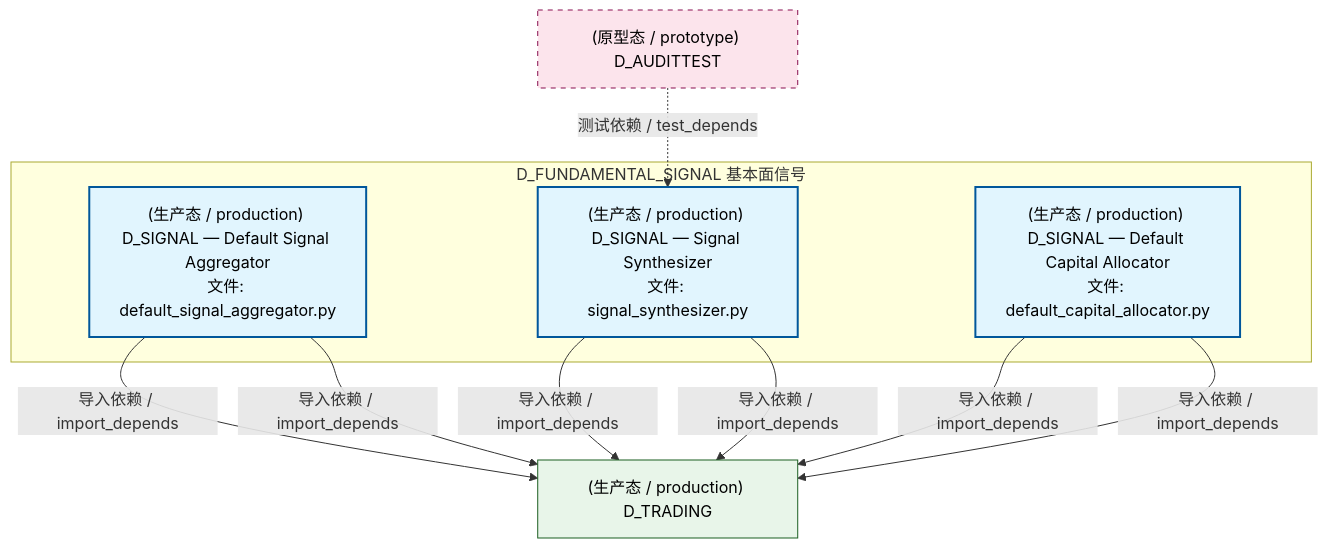
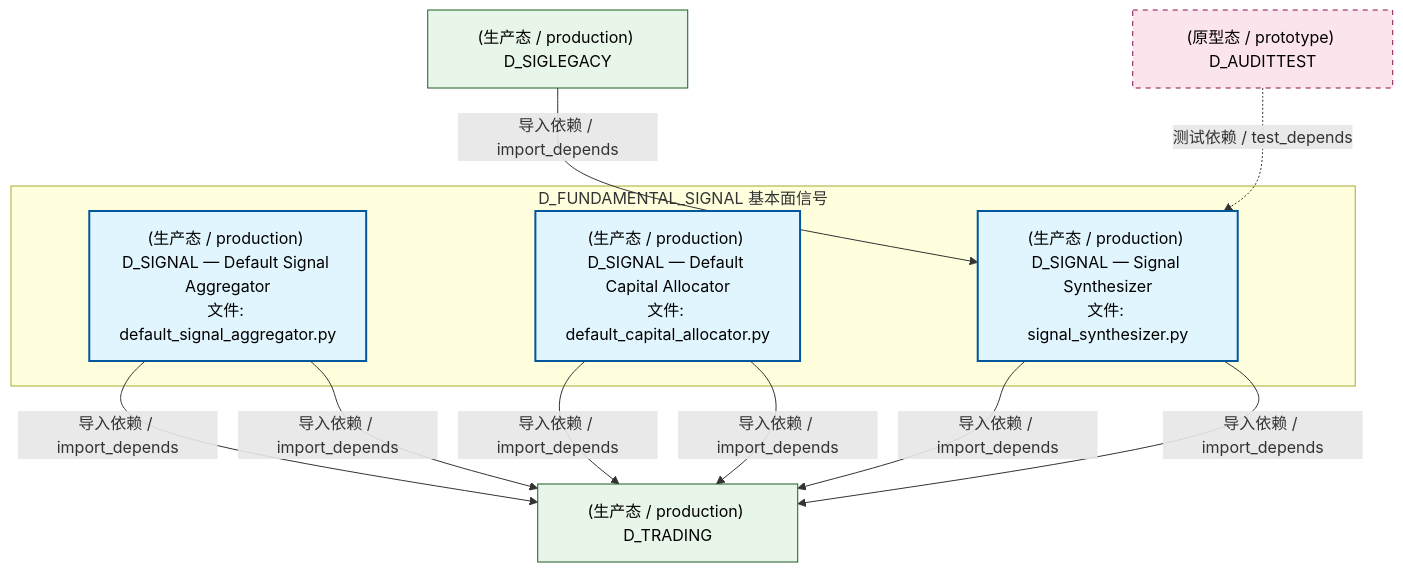
Before and after one commit to xuanFelixVan/ZephyrAlpha: the second of 4 diagrams in docs/02_enterprise_architecture/02_domain_architecture_docs/35_d_fundamental_signal.md, drawn with Mermaid. The commit also changed other lines of this file and 112 other files, not shown here.

````diff
--- a/docs/02_enterprise_architecture/02_domain_architecture_docs/35_d_fundamental_signal.md
+++ b/docs/02_enterprise_architecture/02_domain_architecture_docs/35_d_fundamental_signal.md
@@ -167,24 +169,26 @@
 ```mermaid
 graph TD
     subgraph D_FUNDAMENTAL_SIGNAL["D_FUNDAMENTAL_SIGNAL 基本面信号"]
         src_zephyr_signal_fundamental_gen_implementations_default_signal_aggregator_py["(生产态 / production) D_SIGNAL — Default Signal Aggregator<br/>文件: default_signal_aggregator.py"]
         src_zephyr_signal_fundamental_strategy_implementations_default_capital_allocator_py["(生产态 / production) D_SIGNAL — Default Capital Allocator<br/>文件: default_capital_allocator.py"]
         src_zephyr_signal_fundamental_synth_signal_synthesizer_py["(生产态 / production) D_SIGNAL — Signal Synthesizer<br/>文件: signal_synthesizer.py"]
     end
     D_TRADING["(生产态 / production) D_TRADING"]
     src_zephyr_signal_fundamental_gen_implementations_default_signal_aggregator_py -->|导入依赖 / import_depends| D_TRADING
     src_zephyr_signal_fundamental_gen_implementations_default_signal_aggregator_py -->|导入依赖 / import_depends| D_TRADING
+    src_zephyr_signal_fundamental_strategy_implementations_default_capital_allocator_py -->|导入依赖 / import_depends| D_TRADING
+    src_zephyr_signal_fundamental_strategy_implementations_default_capital_allocator_py -->|导入依赖 / import_depends| D_TRADING
     src_zephyr_signal_fundamental_synth_signal_synthesizer_py -->|导入依赖 / import_depends| D_TRADING
     src_zephyr_signal_fundamental_synth_signal_synthesizer_py -->|导入依赖 / import_depends| D_TRADING
-    src_zephyr_signal_fundamental_strategy_implementations_default_capital_allocator_py -->|导入依赖 / import_depends| D_TRADING
-    src_zephyr_signal_fundamental_strategy_implementations_default_capital_allocator_py -->|导入依赖 / import_depends| D_TRADING
+    D_SIGLEGACY["(生产态 / production) D_SIGLEGACY"]
+    D_SIGLEGACY -->|导入依赖 / import_depends| src_zephyr_signal_fundamental_synth_signal_synthesizer_py
     D_AUDITTEST["(原型态 / prototype) D_AUDITTEST"]
     D_AUDITTEST -.->|测试依赖 / test_depends| src_zephyr_signal_fundamental_synth_signal_synthesizer_py
     classDef production fill:#e1f5fe,stroke:#01579b,stroke-width:2px,color:#000
     classDef design fill:#fff3e0,stroke:#e65100,stroke-width:2px,color:#000,stroke-dasharray: 5 5
     classDef external_prod fill:#e8f5e9,stroke:#1b5e20,stroke-width:1px,color:#000
     classDef external_design fill:#fce4ec,stroke:#880e4f,stroke-width:1px,color:#000,stroke-dasharray: 5 5
     class src_zephyr_signal_fundamental_gen_implementations_default_signal_aggregator_py,src_zephyr_signal_fundamental_strategy_implementations_default_capital_allocator_py,src_zephyr_signal_fundamental_synth_signal_synthesizer_py production
-    class D_TRADING external_prod
+    class D_TRADING,D_SIGLEGACY external_prod
     class D_AUDITTEST external_design
 ```
````
